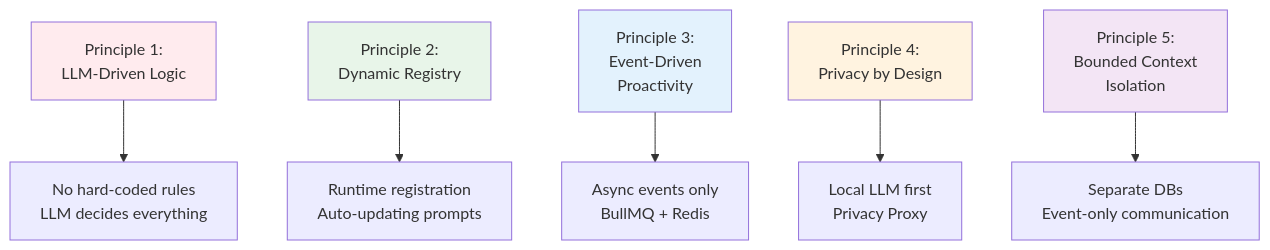
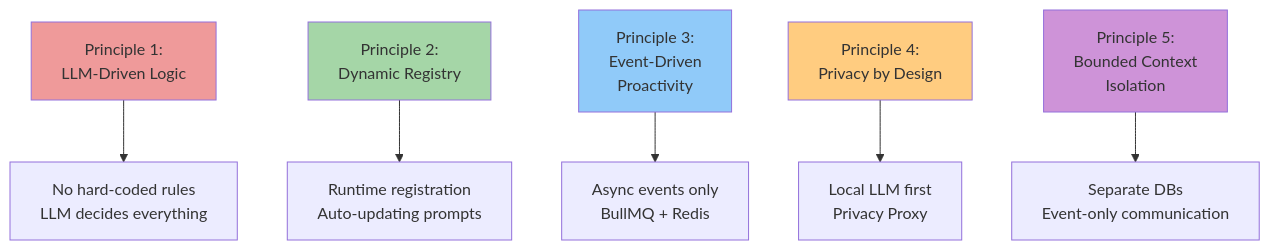
The first of 8 diagrams in docs/solution-architecture/02-architecture-principles.md (y-core-engineering/fidus), drawn with Mermaid before and after one commit. The commit also changed other lines of this file and 26 other files, not shown here.

First line of the commit message:
feat: add comprehensive UX/UI design docs and Mermaid validation (#6)

````diff
--- a/docs/solution-architecture/02-architecture-principles.md
+++ b/docs/solution-architecture/02-architecture-principles.md
@@ -21,20 +21,20 @@
 ```mermaid
 graph TB
     P1[Principle 1:<br/>LLM-Driven Logic]
     P2[Principle 2:<br/>Dynamic Registry]
     P3[Principle 3:<br/>Event-Driven<br/>Proactivity]
     P4[Principle 4:<br/>Privacy by Design]
     P5[Principle 5:<br/>Bounded Context<br/>Isolation]
 
     P1 --> Impl1[No hard-coded rules<br/>LLM decides everything]
     P2 --> Impl2[Runtime registration<br/>Auto-updating prompts]
     P3 --> Impl3[Async events only<br/>BullMQ + Redis]
     P4 --> Impl4[Local LLM first<br/>Privacy Proxy]
     P5 --> Impl5[Separate DBs<br/>Event-only communication]
 
-    style P1 fill:#ffebee
-    style P2 fill:#e8f5e9
-    style P3 fill:#e3f2fd
-    style P4 fill:#fff3e0
-    style P5 fill:#f3e5f5
+    style P1 fill:#ef9a9a
+    style P2 fill:#a5d6a7
+    style P3 fill:#90caf9
+    style P4 fill:#ffcc80
+    style P5 fill:#ce93d8
 ```
````
